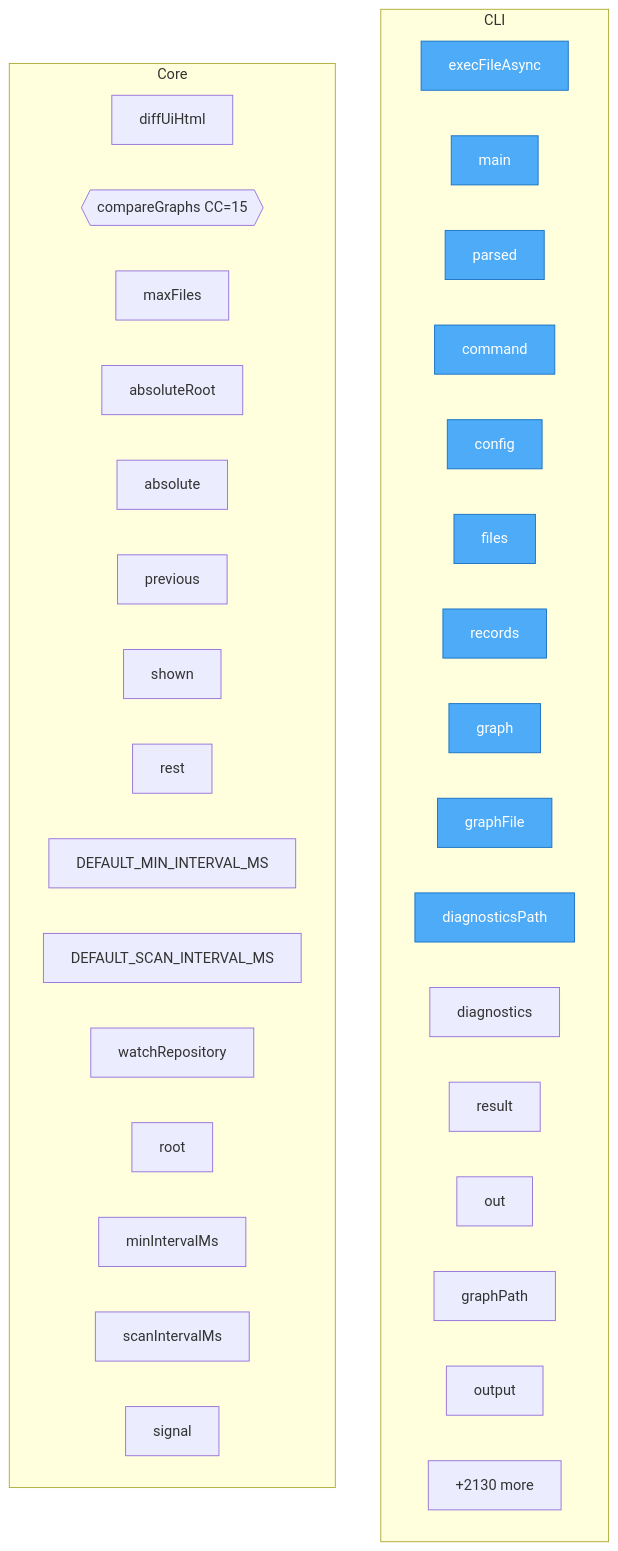
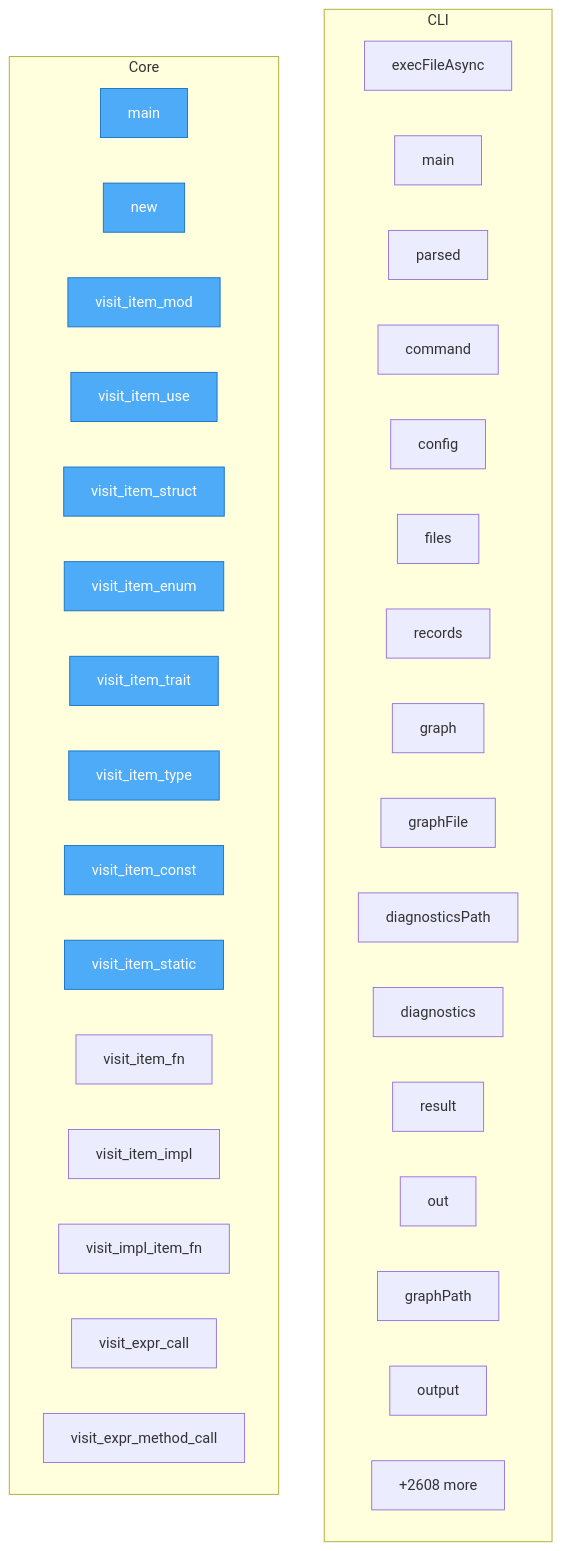
Before and after one commit to autogrammar/todo2code: the diagram in project/flow.mmd, drawn with Mermaid. The commit also changed 51 other files, not shown here.

```diff
--- a/project/flow.mmd
+++ b/project/flow.mmd
@@ -1,45 +1,45 @@
 flowchart TD
-%% generated in 0.04s
+%% generated in 0.05s
 
     %% Entry points (blue)
     classDef entry fill:#4dabf7,stroke:#1971c2,color:#fff
 
     subgraph CLI
         src__cli__execFileAsync["execFileAsync"]
         src__cli__main["main"]
         src__cli__parsed["parsed"]
         src__cli__command["command"]
         src__cli__config["config"]
         src__cli__files["files"]
         src__cli__records["records"]
         src__cli__graph["graph"]
         src__cli__graphFile["graphFile"]
         src__cli__diagnosticsPath["diagnosticsPath"]
         src__cli__diagnostics["diagnostics"]
         src__cli__result["result"]
         src__cli__out["out"]
         src__cli__graphPath["graphPath"]
         src__cli__output["output"]
-        ...["+68 more"]
+        ...["+73 more"]
     end
 
     subgraph Core
-        src__web__diff_ui__diffUiHtml["diffUiHtml"]
-        src__web__diff_ui__compareGraphs{{compareGraphs CC=15}}
-        src__watch__watcher__maxFiles["maxFiles"]
-        src__watch__watcher__absoluteRoot["absoluteRoot"]
-        src__watch__watcher__absolute["absolute"]
-        src__watch__watcher__previous["previous"]
-        src__watch__watcher__shown["shown"]
-        src__watch__watcher__rest["rest"]
-        src__watch__watcher__DEFAULT_MIN_INTERVAL_MS["DEFAULT_MIN_INTERVAL_MS"]
-        src__watch__watcher__DEFAULT_SCAN_INTERVAL_MS["DEFAULT_SCAN_INTERVAL_MS"]
-        src__watch__watcher__watchRepository["watchRepository"]
-        src__watch__watcher__root["root"]
-        src__watch__watcher__minIntervalMs["minIntervalMs"]
-        src__watch__watcher__scanIntervalMs["scanIntervalMs"]
-        src__watch__watcher__signal["signal"]
-        ...["+2130 more"]
+        rust_ast__src__main__main["main"]
+        rust_ast__src__main__new["new"]
+        rust_ast__src__main__visit_item_mod["visit_item_mod"]
+        rust_ast__src__main__visit_item_use["visit_item_use"]
+        rust_ast__src__main__visit_item_struct["visit_item_struct"]
+        rust_ast__src__main__visit_item_enum["visit_item_enum"]
+        rust_ast__src__main__visit_item_trait["visit_item_trait"]
+        rust_ast__src__main__visit_item_type["visit_item_type"]
+        rust_ast__src__main__visit_item_const["visit_item_const"]
+        rust_ast__src__main__visit_item_static["visit_item_static"]
+        rust_ast__src__main__visit_item_fn["visit_item_fn"]
+        rust_ast__src__main__visit_item_impl["visit_item_impl"]
+        rust_ast__src__main__visit_impl_item_fn["visit_impl_item_fn"]
+        rust_ast__src__main__visit_expr_call["visit_expr_call"]
+        rust_ast__src__main__visit_expr_method_call["visit_expr_method_call"]
+        ...["+2608 more"]
     end
 
-    class src__cli__execFileAsync,src__cli__main,src__cli__parsed,src__cli__command,src__cli__config,src__cli__files,src__cli__records,src__cli__graph,src__cli__graphFile,src__cli__diagnosticsPath entry
+    class rust_ast__src__main__main,rust_ast__src__main__new,rust_ast__src__main__visit_item_mod,rust_ast__src__main__visit_item_use,rust_ast__src__main__visit_item_struct,rust_ast__src__main__visit_item_enum,rust_ast__src__main__visit_item_trait,rust_ast__src__main__visit_item_type,rust_ast__src__main__visit_item_const,rust_ast__src__main__visit_item_static entry
```
